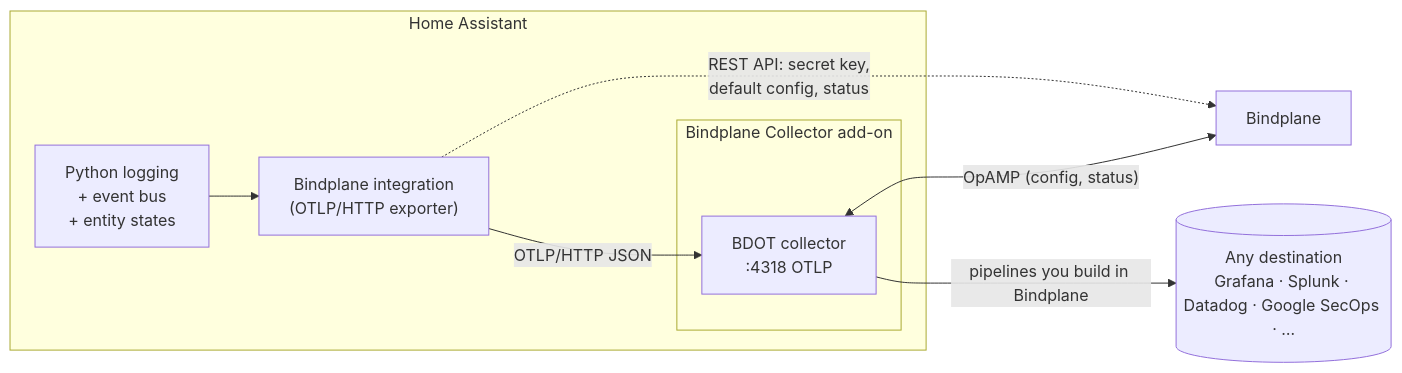
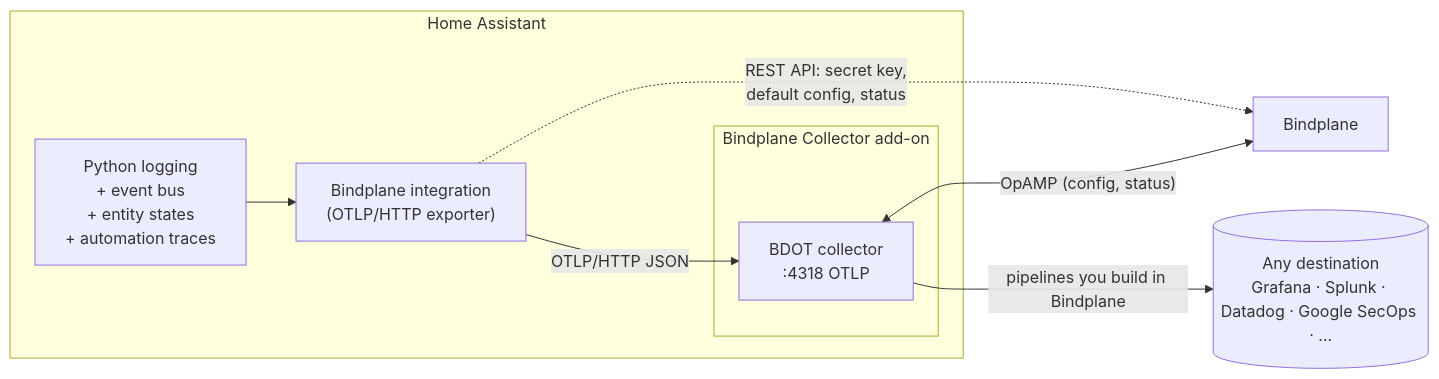
The diagram in README.md (observIQ/bindplane-home-assistant-add-on), drawn with Mermaid before and after one commit. The commit also changed other lines of this file and 32 other files, not shown here.

````diff
--- a/README.md
+++ b/README.md
@@ -32,13 +37,13 @@
 ```mermaid
 flowchart LR
     subgraph HA["Home Assistant"]
-        L["Python logging<br/>+ event bus<br/>+ entity states"] --> I["Bindplane integration<br/>(OTLP/HTTP exporter)"]
+        L["Python logging<br/>+ event bus<br/>+ entity states<br/>+ automation traces"] --> I["Bindplane integration<br/>(OTLP/HTTP exporter)"]
         subgraph AO["Bindplane Collector add-on"]
             C["BDOT collector<br/>:4318 OTLP"]
         end
         I -- "OTLP/HTTP JSON" --> C
     end
     C <-- "OpAMP (config, status)" --> BP["Bindplane"]
     C -- "pipelines you build in Bindplane" --> D[("Any destination<br/>Grafana · Splunk · Datadog · Google SecOps · …")]
     I -. "REST API: secret key,<br/>default config, status" .-> BP
 ```
````
